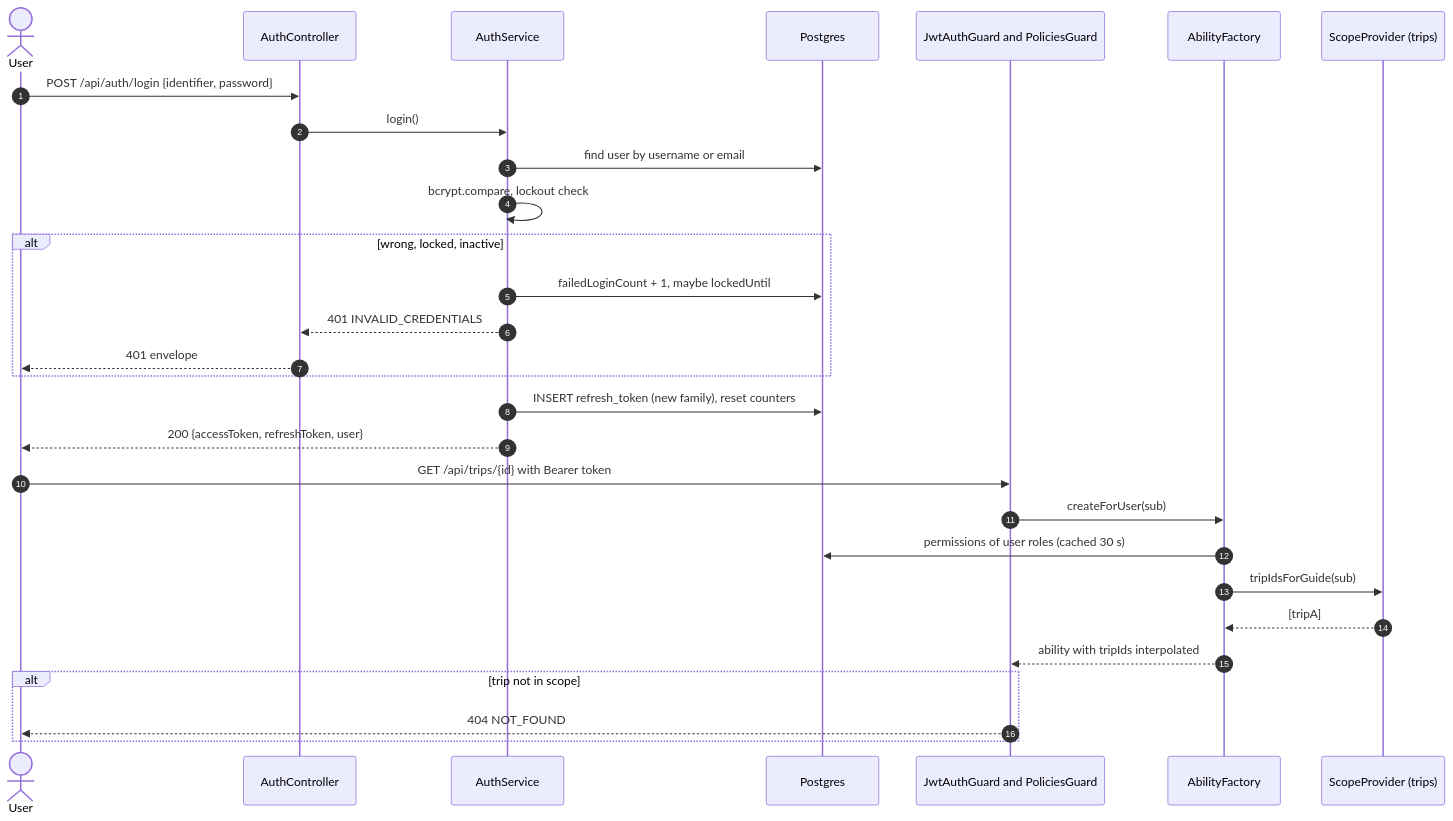
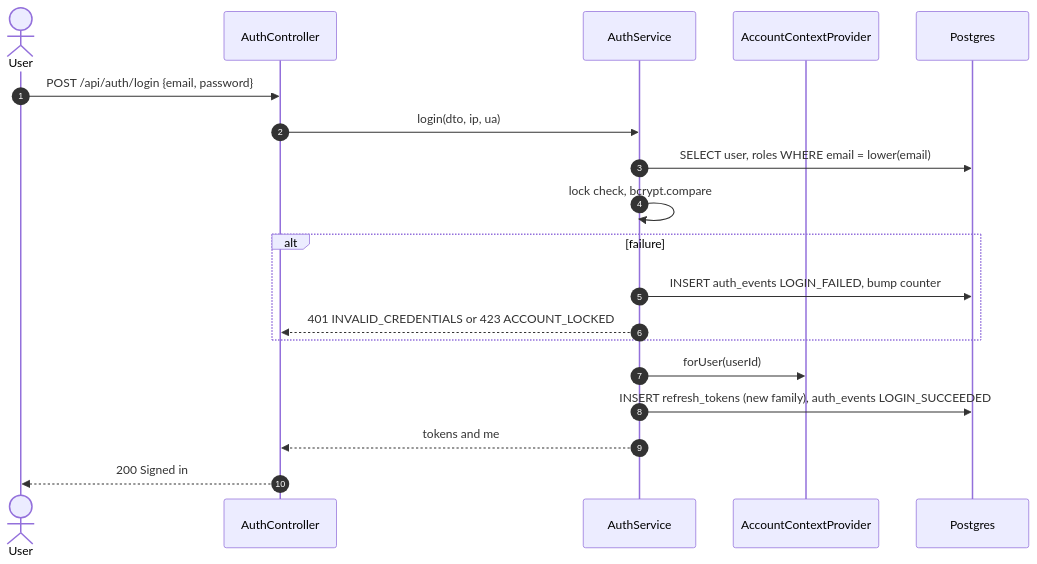
The second of 2 diagrams in specs/auth/design.md (TrekLink-Team/treklink-web), drawn with Mermaid before and after one commit. The commit also changed other lines of this file and 367 other files, not shown here.

First line of the commit message:
docs: rewrite the module specs and schema from the rescoped SRS

````diff
--- a/specs/auth/design.md
+++ b/specs/auth/design.md
@@ -310,31 +125,21 @@
 ```mermaid
 sequenceDiagram
     autonumber
     actor U as User
-    participant AC as AuthController
-    participant AS as AuthService
+    participant C as AuthController
+    participant S as AuthService
+    participant P as AccountContextProvider
     participant DB as Postgres
-    participant G as JwtAuthGuard and PoliciesGuard
-    participant AF as AbilityFactory
-    participant SP as ScopeProvider (trips)
-    U->>AC: POST /api/auth/login {identifier, password}
-    AC->>AS: login()
-    AS->>DB: find user by username or email
-    AS->>AS: bcrypt.compare, lockout check
-    alt wrong, locked, inactive
-        AS->>DB: failedLoginCount + 1, maybe lockedUntil
-        AS-->>AC: 401 INVALID_CREDENTIALS
-        AC-->>U: 401 envelope
+    U->>C: POST /api/auth/login {email, password}
+    C->>S: login(dto, ip, ua)
+    S->>DB: SELECT user, roles WHERE email = lower(email)
+    S->>S: lock check, bcrypt.compare
+    alt failure
+        S->>DB: INSERT auth_events LOGIN_FAILED, bump counter
+        S-->>C: 401 INVALID_CREDENTIALS or 423 ACCOUNT_LOCKED
     end
-    AS->>DB: INSERT refresh_token (new family), reset counters
-    AS-->>U: 200 {accessToken, refreshToken, user}
-    U->>G: GET /api/trips/{id} with Bearer token
-    G->>AF: createForUser(sub)
-    AF->>DB: permissions of user roles (cached 30 s)
-    AF->>SP: tripIdsForGuide(sub)
-    SP-->>AF: [tripA]
-    AF-->>G: ability with tripIds interpolated
-    alt trip not in scope
-        G-->>U: 404 NOT_FOUND
-    end
+    S->>P: forUser(userId)
+    S->>DB: INSERT refresh_tokens (new family), auth_events LOGIN_SUCCEEDED
+    S-->>C: tokens and me
+    C-->>U: 200 Signed in
 ```
````
